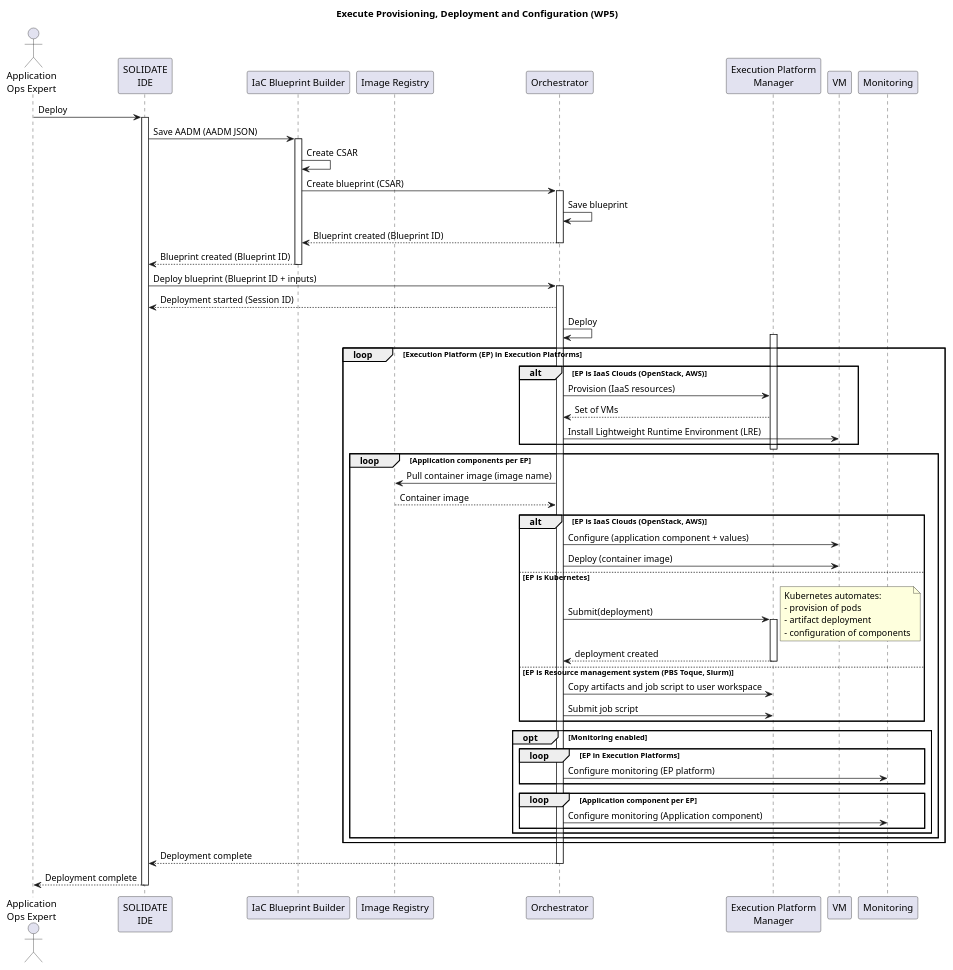
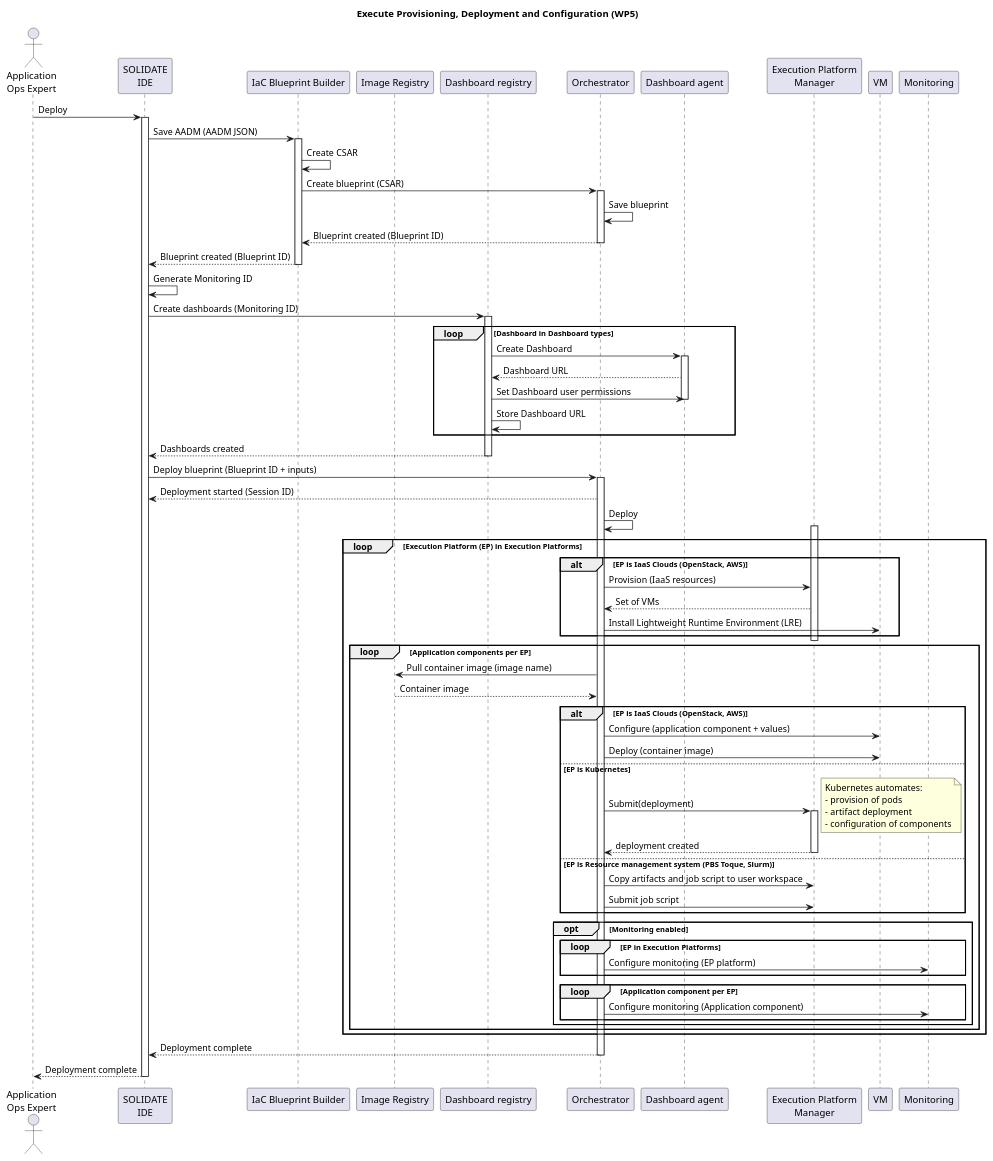
The diagram in uml/sequence-diagrams/UC-06-ExecuteProvisioningDeploymentAndConfiguration-WP5.puml (SODALITE-EU/project-wide-documentation), drawn with PlantUML before and after one commit. The commit also changed 1 other file, not shown here.

Commit message:
Updated UC6 and UC8 with changes to monitoring

```diff
--- a/uml/sequence-diagrams/UC-06-ExecuteProvisioningDeploymentAndConfiguration-WP5.puml
+++ b/uml/sequence-diagrams/UC-06-ExecuteProvisioningDeploymentAndConfiguration-WP5.puml
@@ -1,86 +1,100 @@
 @startuml
 
 title Execute Provisioning, Deployment and Configuration (WP5)
 
 actor "Application\nOps Expert" as ops
 participant "SOLIDATE\nIDE" as ide
 participant "IaC Blueprint Builder" as builder
 participant "Image Registry" as imagereg
+participant "Dashboard registry" as registry
 participant  Orchestrator as orch
+participant "Dashboard agent" as dash
 participant "Execution Platform\nManager" as res
 participant "VM" as VM
 participant "Monitoring" as mon
 
 
 ops->ide: Deploy
 activate ide
 ide->builder: Save AADM (AADM JSON)
 activate builder
 builder->builder: Create CSAR
 builder->orch: Create blueprint (CSAR)
 activate orch
 orch->orch: Save blueprint
 orch-->builder: Blueprint created (Blueprint ID)
 deactivate orch
 builder-->ide: Blueprint created (Blueprint ID)
 deactivate builder
-
+ide -> ide: Generate Monitoring ID
+ide -> registry: Create dashboards (Monitoring ID)
+activate registry
+loop Dashboard in Dashboard types
+registry -> dash: Create Dashboard
+activate dash
+dash --> registry: Dashboard URL
+registry -> dash: Set Dashboard user permissions
+deactivate dash
+registry -> registry: Store Dashboard URL
+end
+registry --> ide: Dashboards created
+deactivate registry
 ide->orch: Deploy blueprint (Blueprint ID + inputs)
 activate orch
 orch-->ide: Deployment started (Session ID)
 orch->orch: Deploy
 
 loop Execution Platform (EP) in Execution Platforms
 
   activate res
   alt EP is IaaS Clouds (OpenStack, AWS)
     orch->res: Provision (IaaS resources)
     res-->orch: Set of VMs
     orch->VM: Install Lightweight Runtime Environment (LRE)
   end
   deactivate res
 
   loop Application components per EP
 
     orch->imagereg: Pull container image (image name)
     imagereg-->orch: Container image
 
     alt EP is IaaS Clouds (OpenStack, AWS)
       orch->VM: Configure (application component + values)
       orch->VM: Deploy (container image)
     else EP is Kubernetes
       orch->res: Submit(deployment)
       activate res
         note right
           Kubernetes automates:
           - provision of pods
           - artifact deployment
           - configuration of components
         end note
         res-->orch: deployment created
       deactivate res
 
     else EP is Resource management system (PBS Toque, Slurm)
       orch->res: Copy artifacts and job script to user workspace
       orch->res: Submit job script
     end
 
     opt Monitoring enabled
       loop EP in Execution Platforms
       orch->mon: Configure monitoring (EP platform)
       end
       loop Application component per EP
       orch->mon: Configure monitoring (Application component)
       end
     end
 
   end
 end
 
 orch-->ide: Deployment complete
 deactivate orch
 ide-->ops: Deployment complete
 deactivate ide
 
 
 @enduml
```
